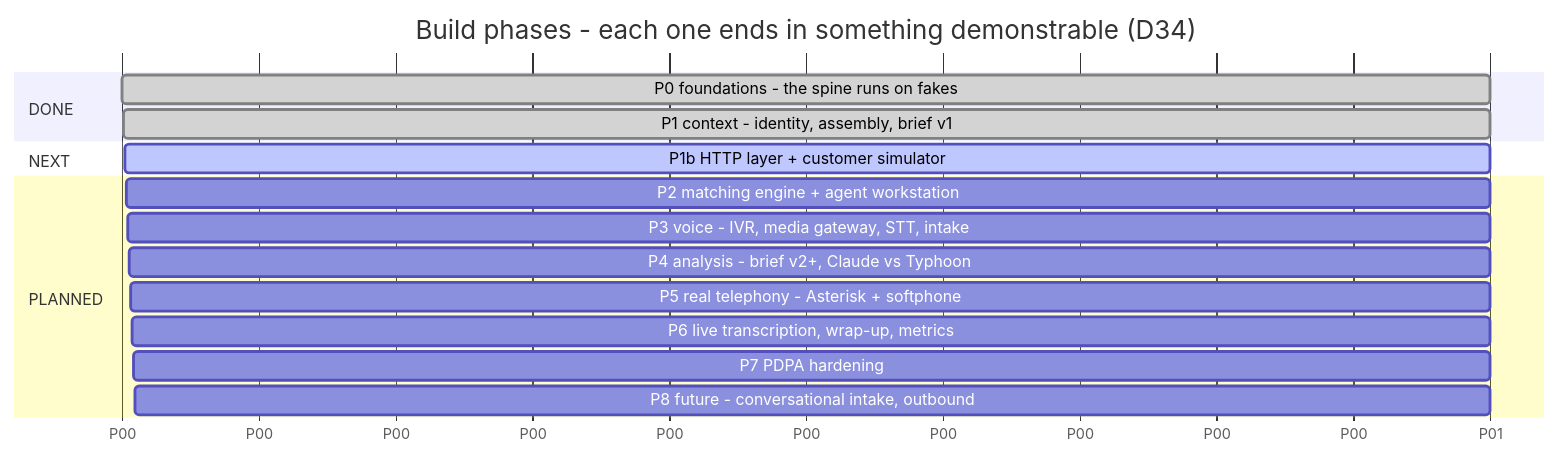
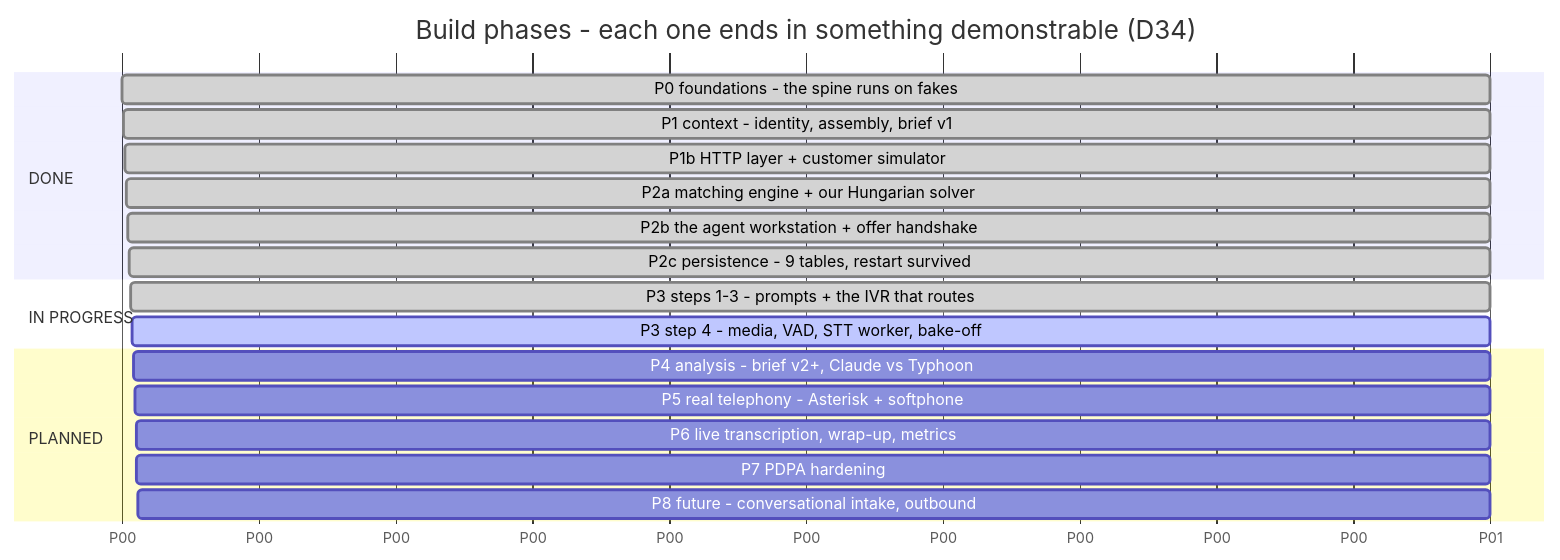
One commit to anakom-suvonvorn/Krungsri-ReadyCall changed the diagram in docs/diagrams/src/phases.mmd. Above: the diagram before and after it, drawn with Mermaid. The commit also changed 33 other files, not shown here.

First line of the commit message:
docs: a staleness sweep of the hand-drawn diagrams

```diff
--- a/docs/diagrams/src/phases.mmd
+++ b/docs/diagrams/src/phases.mmd
@@ -1,22 +1,25 @@
-%% HANDWRITTEN. Checked against PLAN.md P0-P8
+%% HANDWRITTEN. Checked against PLAN.md P0-P8 + NEXT_SESSION.md status
 gantt
     title Build phases - each one ends in something demonstrable (D34)
     dateFormat X
     axisFormat P%S
     todayMarker off
 
     section DONE
-    P0 foundations - the spine runs on fakes    :done, p0, 0, 1
-    P1 context - identity, assembly, brief v1   :done, p1, 1, 1
+    P0 foundations - the spine runs on fakes      :done, p0, 0, 1
+    P1 context - identity, assembly, brief v1     :done, p1, 1, 1
+    P1b HTTP layer + customer simulator           :done, p1b, 2, 1
+    P2a matching engine + our Hungarian solver    :done, p2a, 3, 1
+    P2b the agent workstation + offer handshake   :done, p2b, 4, 1
+    P2c persistence - 9 tables, restart survived  :done, p2c, 5, 1
 
-    section NEXT
-    P1b HTTP layer + customer simulator         :active, p1b, 2, 1
+    section IN PROGRESS
+    P3 steps 1-3 - prompts + the IVR that routes  :done, p3a, 6, 1
+    P3 step 4 - media, VAD, STT worker, bake-off  :active, p3b, 7, 1
 
     section PLANNED
-    P2 matching engine + agent workstation      :p2, 3, 1
-    P3 voice - IVR, media gateway, STT, intake  :p3, 4, 1
-    P4 analysis - brief v2+, Claude vs Typhoon  :p4, 5, 1
-    P5 real telephony - Asterisk + softphone    :p5, 6, 1
-    P6 live transcription, wrap-up, metrics     :p6, 7, 1
-    P7 PDPA hardening                           :p7, 8, 1
-    P8 future - conversational intake, outbound :p8, 9, 1
+    P4 analysis - brief v2+, Claude vs Typhoon    :p4, 8, 1
+    P5 real telephony - Asterisk + softphone      :p5, 9, 1
+    P6 live transcription, wrap-up, metrics       :p6, 10, 1
+    P7 PDPA hardening                             :p7, 11, 1
+    P8 future - conversational intake, outbound   :p8, 12, 1
```
